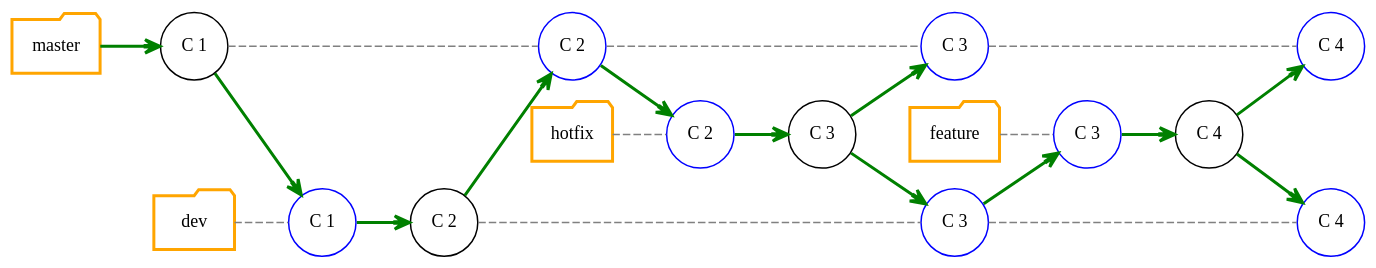
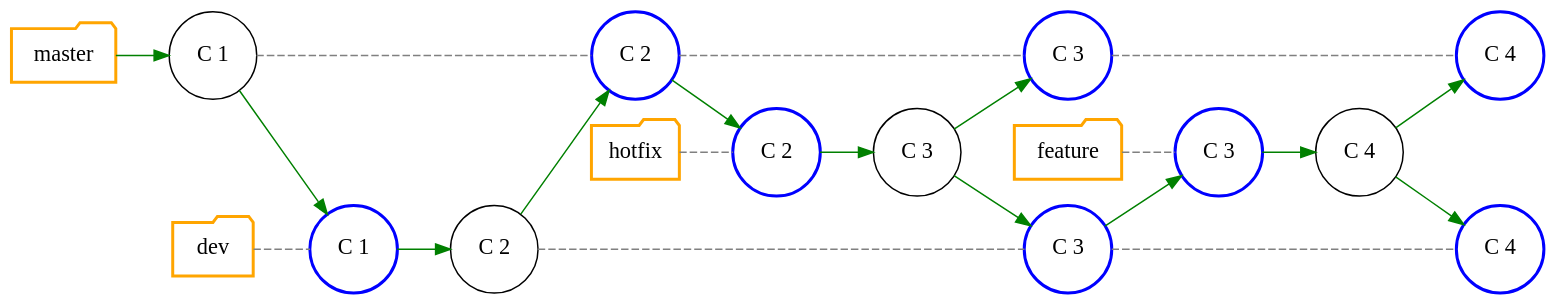
One commit to Gepardec/git-training changed the diagram in slides/intro/src/docs/asciidoc/graphviz/git-branch-model.dot. Above: the diagram before and after it, drawn with Graphviz. The commit also changed 15 other files, not shown here.

Commit message:
- Modified README.adoc to explain how to install graphviz - Modified graphs of theoretical part - Finished theoretical part

```diff
--- a/slides/intro/src/docs/asciidoc/graphviz/git-branch-model.dot
+++ b/slides/intro/src/docs/asciidoc/graphviz/git-branch-model.dot
@@ -1,77 +1,77 @@
 digraph git_branch_model {
-  splines=line
-  rankdir="LR"
-  bgcolor="transparent"
+    splines=line
+    rankdir="LR"
+    bgcolor="transparent"
 
-  /* Global Node/Edge config */
-  edge[arrowhead=open]
+    /* Global Node/Edge config */
+    edge[arrowhead=open]
 
-  /* Nodes representing the branches */
-  node[ fontsize=12.0,style="bold", shape=folder, color=orange]
-  master [group="master"]
-  dev [group="dev"]
-  hotfix [group="hotfix"]
-  feature [group="feature"]
+    /* Nodes representing the branches */
+    node[ fontsize=15.0,style="bold", shape=folder, color=orange]
+    master [group="master"]
+    dev [group="dev"]
+    hotfix [group="hotfix"]
+    feature [group="feature"]
 
-  /* Nodes representing commit */
-  node[ fontsize=12.0,style="",shape=circle, color=""]
-  C_1[label="C 1", group="master"]
-  C_2[label="C 2", group="dev"]
-  C_3[label="C 3", group="hotfix"]
-  C_4[label="C 4", group="feature"]
+    /* Nodes representing commit */
+    node[ fontsize=15.0,style="",shape=circle, color=""]
+    C_1[label="C 1", group="master"]
+    C_2[label="C 2", group="dev"]
+    C_3[label="C 3", group="hotfix"]
+    C_4[label="C 4", group="feature"]
 
-  /* Nodes representing pointer */
-  node[color="blue"]
-  C_2_M [label="C 2", group="master"]
-  C_3_M [label="C 3", group="master"]
-  C_1_D [label="C 1", group="dev"]
-  C_3_D [label="C 3", group="dev"]
-  C_2_H [label="C 2", group="hotfix"]
-  C_3_F [label="C 3", group="feature"]
-  C_4_D [label="C 4", group="dev"]
-  C_4_M [label="C 4", group="master"]
+    /* Nodes representing pointer */
+    node[color="blue", style=bold]
+    C_2_M [label="C 2", group="master"]
+    C_3_M [label="C 3", group="master"]
+    C_1_D [label="C 1", group="dev"]
+    C_3_D [label="C 3", group="dev"]
+    C_2_H [label="C 2", group="hotfix"]
+    C_3_F [label="C 3", group="feature"]
+    C_4_D [label="C 4", group="dev"]
+    C_4_M [label="C 4", group="master"]
 
-  /* Connect hidden branch name nodes
-  master -> dev -> hotfix -> feature  [style="invis"] */
+    /* Connect hidden branch name nodes
+    master -> dev -> hotfix -> feature  [style="invis"] */
 
-  edge[arrowhead=none, style="dashed",color=gray]
-  /* Define master branch commits */
-  master -> C_1 [arrowhead=open, color="green", style="bold"]
-  C_1 -> C_2_M [arrowhead=none, style="dashed"]
-  C_2_M -> C_3_M
-  C_3_M -> C_4_M
+    edge[arrowhead=none, style="dashed",color=gray]
+    /* Define master branch commits */
+    master -> C_1 [arrowhead="", color="green"style=""]
+    C_1 -> C_2_M [style="dashed"]
+    C_2_M -> C_3_M
+    C_3_M -> C_4_M
 
-  /* Define dev branch commits */
-  dev -> C_1_D
-  C_1_D -> C_2 [arrowhead=open, color="green", style="bold"]
-  C_2 -> C_3_D
-  C_3_D -> C_4_D
+    /* Define dev branch commits */
+    dev -> C_1_D
+    C_1_D -> C_2 [arrowhead="", color="green"style=""]
+    C_2 -> C_3_D
+    C_3_D -> C_4_D
 
-  /* Define hotfix branch commits */
-  hotfix -> C_2_H
-  C_2_H -> C_3 [arrowhead=open, color="green", style="bold"]
+    /* Define hotfix branch commits */
+    hotfix -> C_2_H
+    C_2_H -> C_3 [arrowhead="", color="green"style=""]
 
-  /* Define feature branch commits */
-  feature -> C_3_F
-  C_3_F -> C_4 [arrowhead=open, color="green", style="bold"]
+    /* Define feature branch commits */
+    feature -> C_3_F
+    C_3_F -> C_4 [arrowhead="", color="green",style=""]
 
-  edge[color="green", arrowhead=open,  style="bold"]
-  /* 1. inter branch commit */
-  C_1 -> C_1_D
+    edge[color="green", arrowhead="",  style=""]
+    /* 1. inter branch commit */
+    C_1 -> C_1_D
 
-  /* 2. inter branch commit */
-  C_2 -> C_2_M
+    /* 2. inter branch commit */
+    C_2 -> C_2_M
 
-  /* 3.  inter branch commit */
-  C_2_M -> C_2_H
+    /* 3.  inter branch commit */
+    C_2_M -> C_2_H
 
-  /* 4.  inter branch commit */
-  C_3 -> { C_3_D C_3_M }
+    /* 4.  inter branch commit */
+    C_3 -> { C_3_D C_3_M }
 
-  /* 5. inter branch commit */
-  C_3_D -> C_3_F
+    /* 5. inter branch commit */
+    C_3_D -> C_3_F
 
-  /* 5. inter branch commit */
-  C_4 -> {C_4_D C_4_M}
+    /* 5. inter branch commit */
+    C_4 -> {C_4_D C_4_M}
 
 }
```
